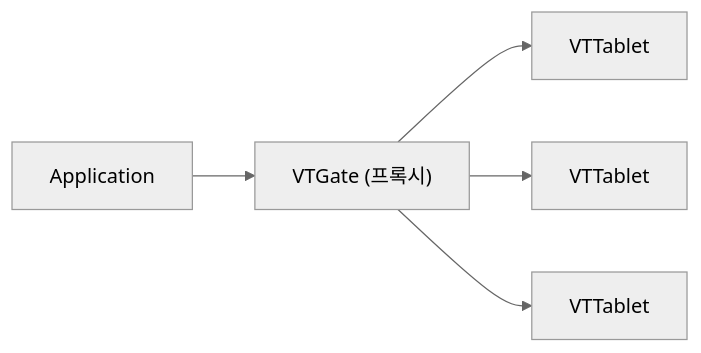
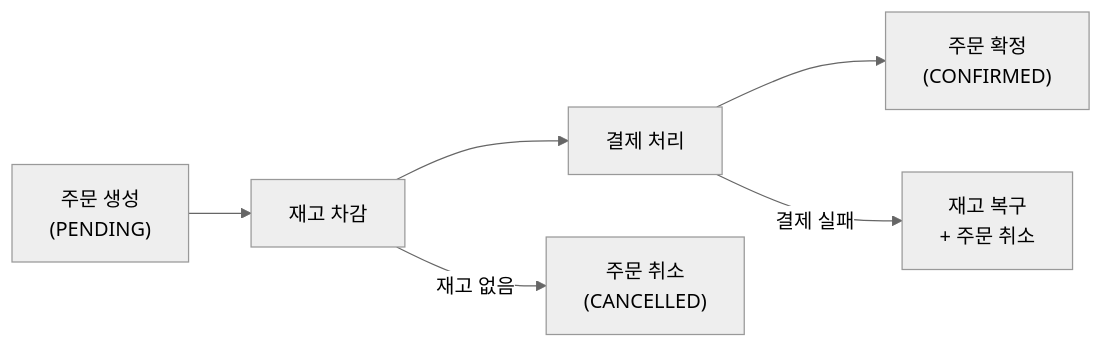
The sixth of 7 diagrams in _posts/db/2026-05-01-db-sharding.md (yjkim2015/yjkim2015.github.io), drawn with Mermaid (neutral theme) before and after one commit. The commit also changed other lines of this file and 4 other files, not shown here.

````diff
--- a/_posts/db/2026-05-01-db-sharding.md
+++ b/_posts/db/2026-05-01-db-sharding.md
@@ -376,7 +1066,8 @@
 ```mermaid
 graph LR
-    APP["Application"] --> VTG["VTGate (프록시)"]
-    VTG --> VT0["VTTablet"]
-    VTG --> VT1["VTTablet"]
-    VTG --> VT2["VTTablet"]
+    S1["주문 생성\n(PENDING)"] --> S2["재고 차감"]
+    S2 --> S3["결제 처리"]
+    S3 --> S4["주문 확정\n(CONFIRMED)"]
+    S2 -->|"재고 없음"| C1["주문 취소\n(CANCELLED)"]
+    S3 -->|"결제 실패"| C2["재고 복구\n+ 주문 취소"]
 ```
````
